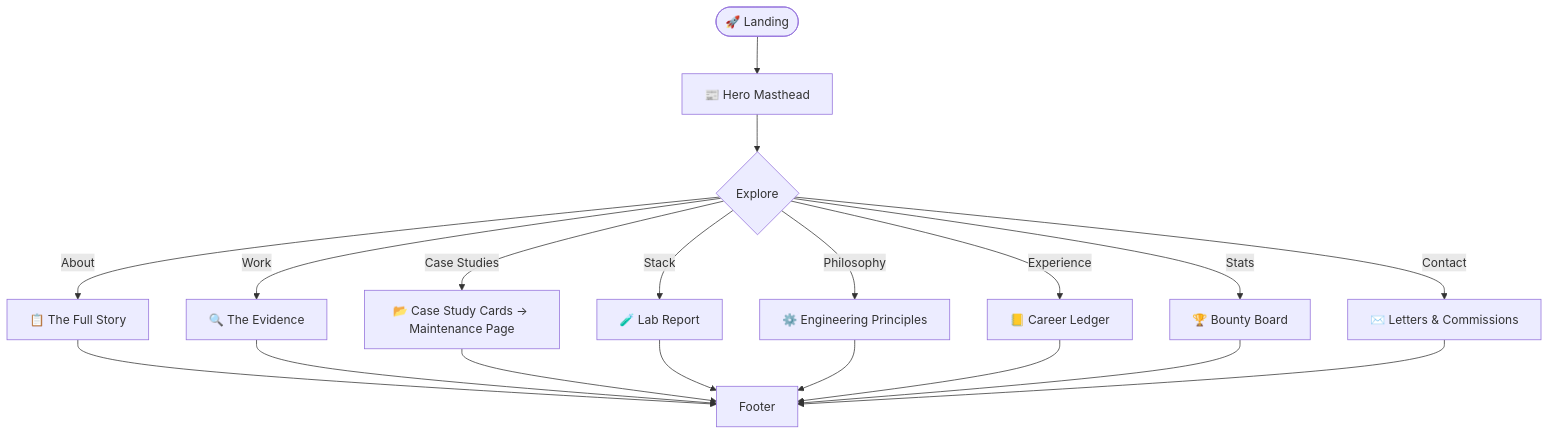
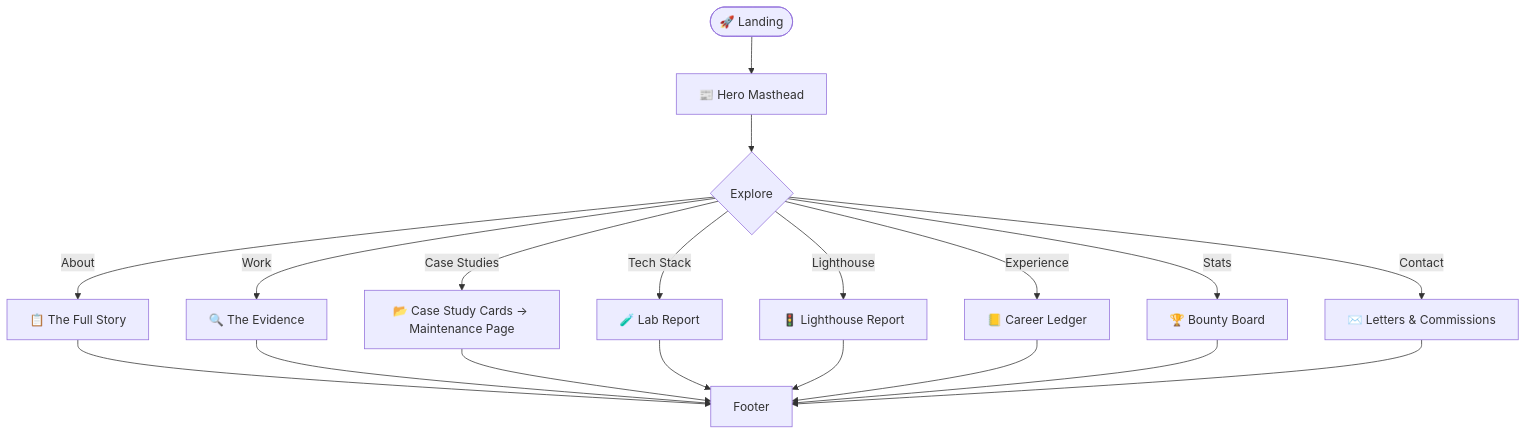
The diagram in README.md (RahulScripted/Portfolio), drawn with Mermaid before and after one commit. The commit also changed other lines of this file and 19 other files, not shown here.

````diff
--- a/README.md
+++ b/README.md
@@ -175,14 +171,14 @@
 ```mermaid
 flowchart TD
     A([🚀 Landing]) --> B["📰 Hero Masthead"]
     B --> C{Explore}
     C -->|About| D["📋 The Full Story"]
     C -->|Work| E["🔍 The Evidence"]
     C -->|Case Studies| E2["📂 Case Study Cards → Maintenance Page"]
-    C -->|Stack| F["🧪 Lab Report"]
-    C -->|Philosophy| F2["⚙️ Engineering Principles"]
+    C -->|Tech Stack| F["🧪 Lab Report"]
+    C -->|Lighthouse| F2["🚦 Lighthouse Report"]
     C -->|Experience| G["📒 Career Ledger"]
     C -->|Stats| H["🏆 Bounty Board"]
     C -->|Contact| I["✉️ Letters & Commissions"]
     D & E & E2 & F & F2 & G & H & I --> J[Footer]
 ```
````
